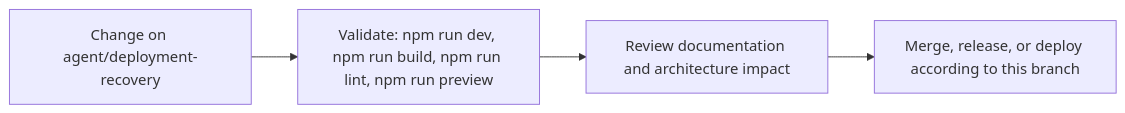
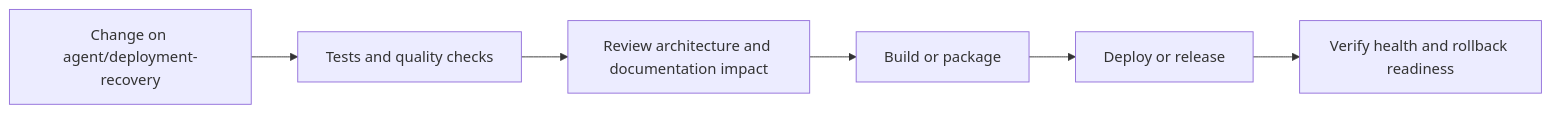
One commit to Nischhalsubba/Reeja-Maharjan-Website-2026 changed the fourth of 5 diagrams in README.md. Above: the diagram before and after it, drawn with Mermaid. The commit also changed other lines of this file, not shown here.

````diff
--- a/README.md
+++ b/README.md
@@ -80,8 +167,8 @@
 ```mermaid
 flowchart LR
-    CHANGE["Change on agent/deployment-recovery"]
-    CHECK["Validate: npm run dev, npm run build, npm run lint, npm run preview"]
-    REVIEW["Review documentation and architecture impact"]
-    RELEASE["Merge, release, or deploy according to this branch"]
-    CHANGE --> CHECK --> REVIEW --> RELEASE
+    CHANGE["Change on agent/deployment-recovery"] --> CHECK["Tests and quality checks"]
+    CHECK --> REVIEW["Review architecture and documentation impact"]
+    REVIEW --> BUILD["Build or package"]
+    BUILD --> DEPLOY["Deploy or release"]
+    DEPLOY --> VERIFY["Verify health and rollback readiness"]
 ```
````
